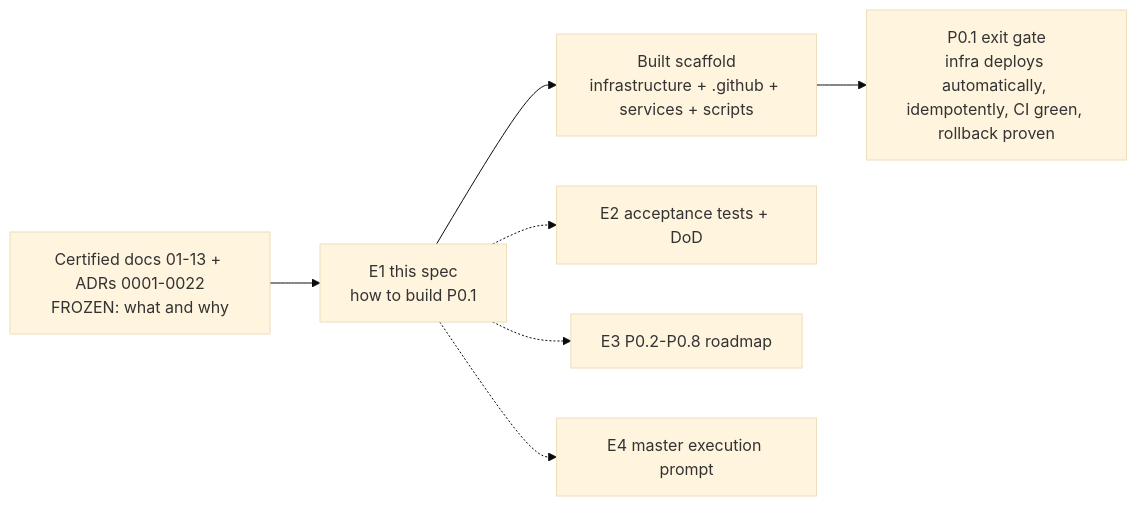
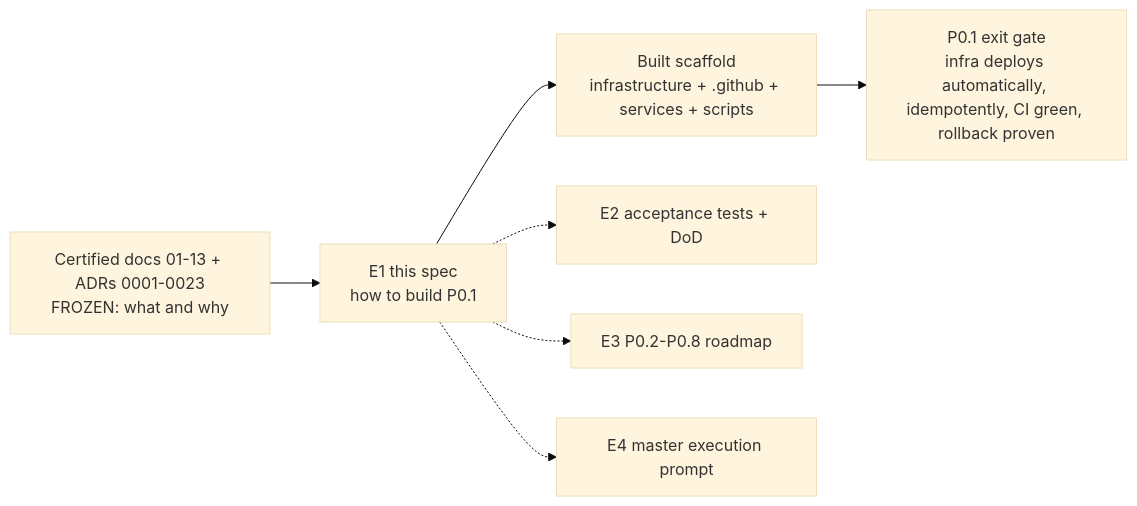
The first of 7 diagrams in docs/engineering/E1-P0.1-engineering-spec.md (nexus-commerce-os/nexus-commerce-os), drawn with Mermaid (base theme) before and after one commit. The commit also changed other lines of this file and 115 other files, not shown here.

````diff
--- a/docs/engineering/E1-P0.1-engineering-spec.md
+++ b/docs/engineering/E1-P0.1-engineering-spec.md
@@ -38,9 +38,9 @@
 ```mermaid
 flowchart LR
-    CERT[Certified docs 01-13 + ADRs 0001-0022<br/>FROZEN: what and why] --> E1[E1 this spec<br/>how to build P0.1]
+    CERT[Certified docs 01-13 + ADRs 0001-0023<br/>FROZEN: what and why] --> E1[E1 this spec<br/>how to build P0.1]
     E1 --> SCAFFOLD[Built scaffold<br/>infrastructure + .github + services + scripts]
     E1 -.-> E2[E2 acceptance tests + DoD]
     E1 -.-> E3[E3 P0.2-P0.8 roadmap]
     E1 -.-> E4[E4 master execution prompt]
     SCAFFOLD --> GATE[P0.1 exit gate<br/>infra deploys automatically, idempotently, CI green, rollback proven]
 ```
````
